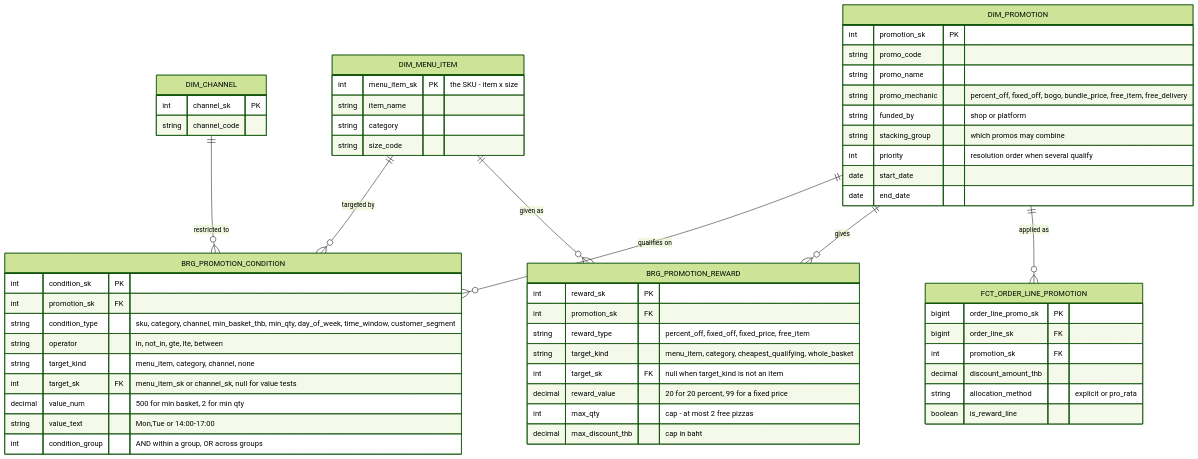
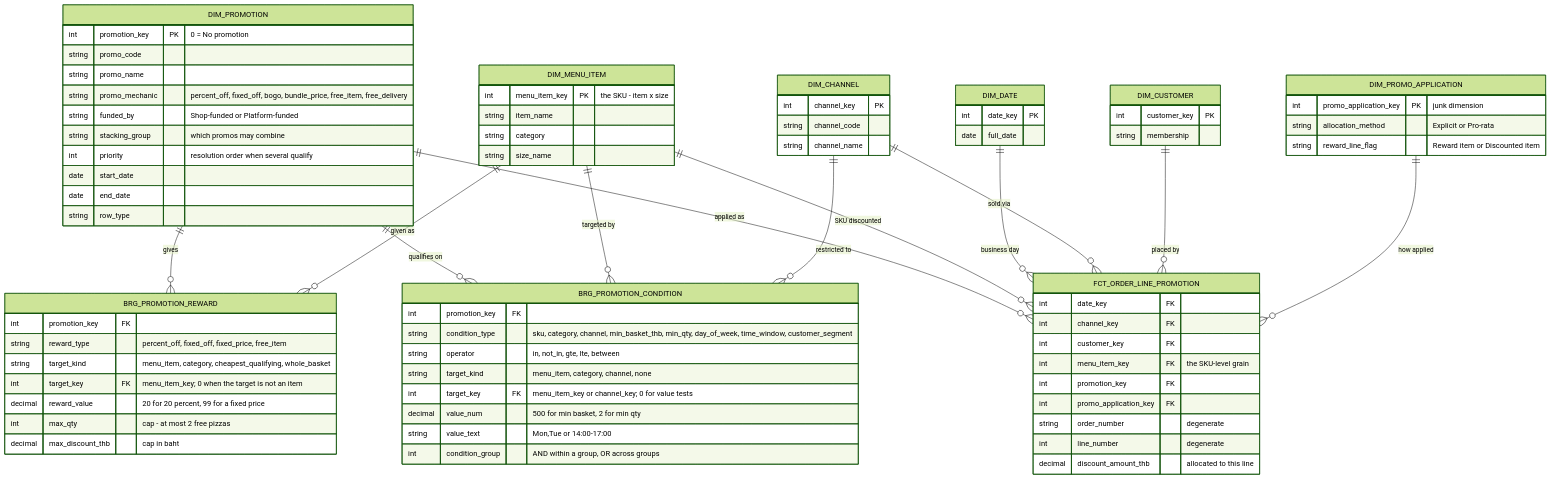
Before and after one commit to QuadrupleBeansStars/MADT-Pizza-shop: the diagram in diagrams/05-er-promotions.mmd, drawn with Mermaid (forest theme). The commit also changed 19 other files, not shown here.

```diff
--- a/diagrams/05-er-promotions.mmd
+++ b/diagrams/05-er-promotions.mmd
@@ -1,66 +1,84 @@
 %% Fig. 5 - ER model: promotion rules (definition side)
 %% Fig. 2 shows what a promotion DID (the discount that landed on a line).
 %% This shows what a promotion IS - its conditions and its rewards, stored as
 %% rows so a new mechanic never needs a schema change.
-%% ---
-%% Grain:
-%%   BRG_PROMOTION_CONDITION - one row per condition per promotion
-%%   BRG_PROMOTION_REWARD    - one row per reward per promotion
+%% FCT_ORDER_LINE_PROMOTION is defined in full here; Fig. 2 shows it abridged.
 erDiagram
   DIM_PROMOTION ||--o{ BRG_PROMOTION_CONDITION : "qualifies on"
   DIM_PROMOTION ||--o{ BRG_PROMOTION_REWARD : "gives"
   DIM_PROMOTION ||--o{ FCT_ORDER_LINE_PROMOTION : "applied as"
   DIM_MENU_ITEM ||--o{ BRG_PROMOTION_CONDITION : "targeted by"
   DIM_MENU_ITEM ||--o{ BRG_PROMOTION_REWARD : "given as"
   DIM_CHANNEL ||--o{ BRG_PROMOTION_CONDITION : "restricted to"
+  DIM_MENU_ITEM ||--o{ FCT_ORDER_LINE_PROMOTION : "SKU discounted"
+  DIM_DATE ||--o{ FCT_ORDER_LINE_PROMOTION : "business day"
+  DIM_CHANNEL ||--o{ FCT_ORDER_LINE_PROMOTION : "sold via"
+  DIM_CUSTOMER ||--o{ FCT_ORDER_LINE_PROMOTION : "placed by"
+  DIM_PROMO_APPLICATION ||--o{ FCT_ORDER_LINE_PROMOTION : "how applied"
 
   DIM_PROMOTION {
-    int promotion_sk PK
+    int promotion_key PK "0 = No promotion"
     string promo_code
     string promo_name
     string promo_mechanic "percent_off, fixed_off, bogo, bundle_price, free_item, free_delivery"
-    string funded_by "shop or platform"
+    string funded_by "Shop-funded or Platform-funded"
     string stacking_group "which promos may combine"
     int priority "resolution order when several qualify"
     date start_date
     date end_date
+    string row_type
   }
   BRG_PROMOTION_CONDITION {
-    int condition_sk PK
-    int promotion_sk FK
+    int promotion_key FK
     string condition_type "sku, category, channel, min_basket_thb, min_qty, day_of_week, time_window, customer_segment"
     string operator "in, not_in, gte, lte, between"
     string target_kind "menu_item, category, channel, none"
-    int target_sk FK "menu_item_sk or channel_sk, null for value tests"
+    int target_key FK "menu_item_key or channel_key; 0 for value tests"
     decimal value_num "500 for min basket, 2 for min qty"
     string value_text "Mon,Tue or 14:00-17:00"
     int condition_group "AND within a group, OR across groups"
   }
   BRG_PROMOTION_REWARD {
-    int reward_sk PK
-    int promotion_sk FK
+    int promotion_key FK
     string reward_type "percent_off, fixed_off, fixed_price, free_item"
     string target_kind "menu_item, category, cheapest_qualifying, whole_basket"
-    int target_sk FK "null when target_kind is not an item"
+    int target_key FK "menu_item_key; 0 when the target is not an item"
     decimal reward_value "20 for 20 percent, 99 for a fixed price"
     int max_qty "cap - at most 2 free pizzas"
     decimal max_discount_thb "cap in baht"
   }
   DIM_MENU_ITEM {
-    int menu_item_sk PK "the SKU - item x size"
+    int menu_item_key PK "the SKU - item x size"
     string item_name
     string category
-    string size_code
+    string size_name
   }
   DIM_CHANNEL {
-    int channel_sk PK
+    int channel_key PK
     string channel_code
+    string channel_name
+  }
+  DIM_DATE {
+    int date_key PK
+    date full_date
+  }
+  DIM_CUSTOMER {
+    int customer_key PK
+    string membership
+  }
+  DIM_PROMO_APPLICATION {
+    int promo_application_key PK "junk dimension"
+    string allocation_method "Explicit or Pro-rata"
+    string reward_line_flag "Reward item or Discounted item"
   }
   FCT_ORDER_LINE_PROMOTION {
-    bigint order_line_promo_sk PK
-    bigint order_line_sk FK
-    int promotion_sk FK
-    decimal discount_amount_thb
-    string allocation_method "explicit or pro_rata"
-    boolean is_reward_line
+    int date_key FK
+    int channel_key FK
+    int customer_key FK
+    int menu_item_key FK "the SKU-level grain"
+    int promotion_key FK
+    int promo_application_key FK
+    string order_number "degenerate"
+    int line_number "degenerate"
+    decimal discount_amount_thb "allocated to this line"
   }
```
